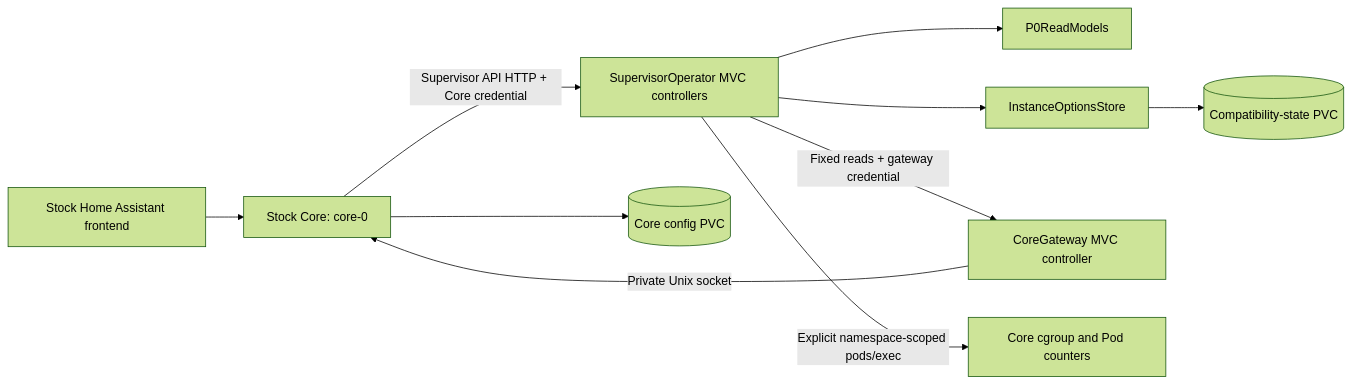
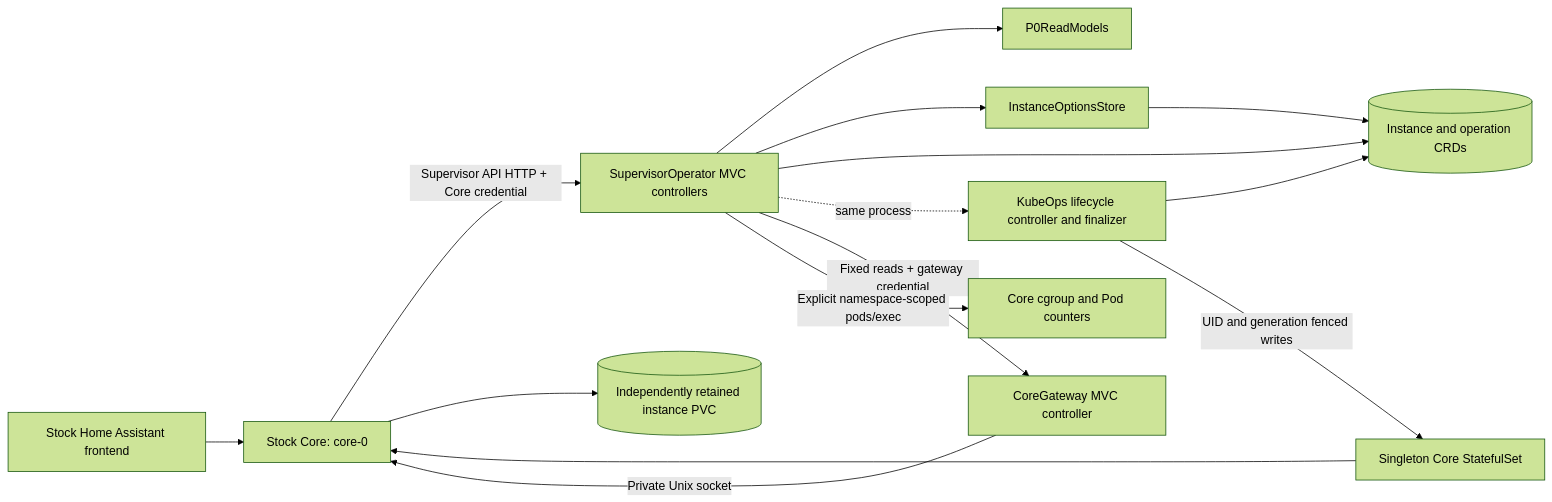
The diagram in docs/architecture.md (anhaehne/home-assistant-supervisor-operator), drawn with Mermaid (forest theme) before and after one commit. The commit also changed other lines of this file and 74 other files, not shown here.

Commit message:
Complete P1 Core lifecycle, Helm packaging and recovery acceptance

````diff
--- a/docs/architecture.md
+++ b/docs/architecture.md
@@ -7,12 +7,17 @@
 ```mermaid
 flowchart LR
     Browser[Stock Home Assistant frontend] --> Core[Stock Core: core-0]
     Core -->|Supervisor API HTTP + Core credential| API[SupervisorOperator MVC controllers]
     API --> Models[P0ReadModels]
     API --> Options[InstanceOptionsStore]
-    Options --> State[(Compatibility-state PVC)]
-    Core --> Config[(Core config PVC)]
+    API --> Intent[(Instance and operation CRDs)]
+    API -. same process .-> Controller[KubeOps lifecycle controller and finalizer]
+    Controller --> Intent
+    Controller -->|UID and generation fenced writes| Workload[Singleton Core StatefulSet]
+    Workload --> Core
+    Options --> Intent
+    Core --> Config[(Independently retained instance PVC)]
     API -->|Fixed reads + gateway credential| Gateway[CoreGateway MVC controller]
     Gateway -->|Private Unix socket| Core
     API -->|Explicit namespace-scoped pods/exec| Metrics[Core cgroup and Pod counters]
 ```
````
